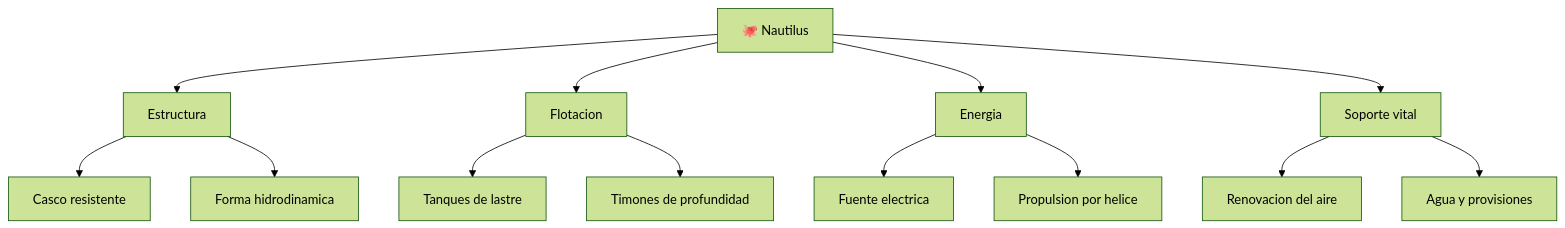
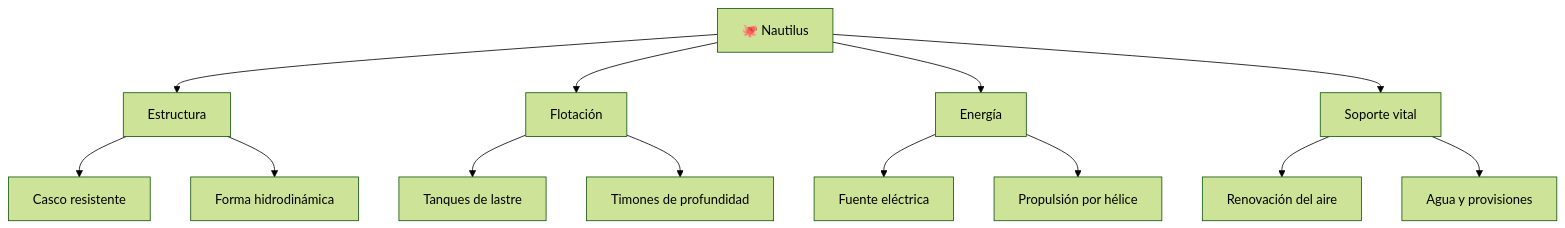
The diagram in vehiculos-fantasticos/nautilus/operacion/caracteristicas-nautilus.md (vladimiracunadev-create/machine-operator-program), drawn with Mermaid (forest theme) before and after one commit. The commit also changed other lines of this file and 442 other files, not shown here.

````diff
--- a/vehiculos-fantasticos/nautilus/operacion/caracteristicas-nautilus.md
+++ b/vehiculos-fantasticos/nautilus/operacion/caracteristicas-nautilus.md
@@ -37,15 +37,15 @@
 ```mermaid
 flowchart TD
     Nautilus[🐙 Nautilus] --> Estructura[Estructura]
-    Nautilus --> Flotacion[Flotacion]
-    Nautilus --> Energia[Energia]
+    Nautilus --> Flotacion[Flotación]
+    Nautilus --> Energia[Energía]
     Nautilus --> Vida[Soporte vital]
     Estructura --> Casco[Casco resistente]
-    Estructura --> Forma[Forma hidrodinamica]
+    Estructura --> Forma[Forma hidrodinámica]
     Flotacion --> Lastre[Tanques de lastre]
     Flotacion --> Timones[Timones de profundidad]
-    Energia --> Electrica[Fuente electrica]
-    Energia --> Helice[Propulsion por helice]
-    Vida --> Aire[Renovacion del aire]
+    Energia --> Electrica[Fuente eléctrica]
+    Energia --> Helice[Propulsión por hélice]
+    Vida --> Aire[Renovación del aire]
     Vida --> Reservas[Agua y provisiones]
 ```
````
